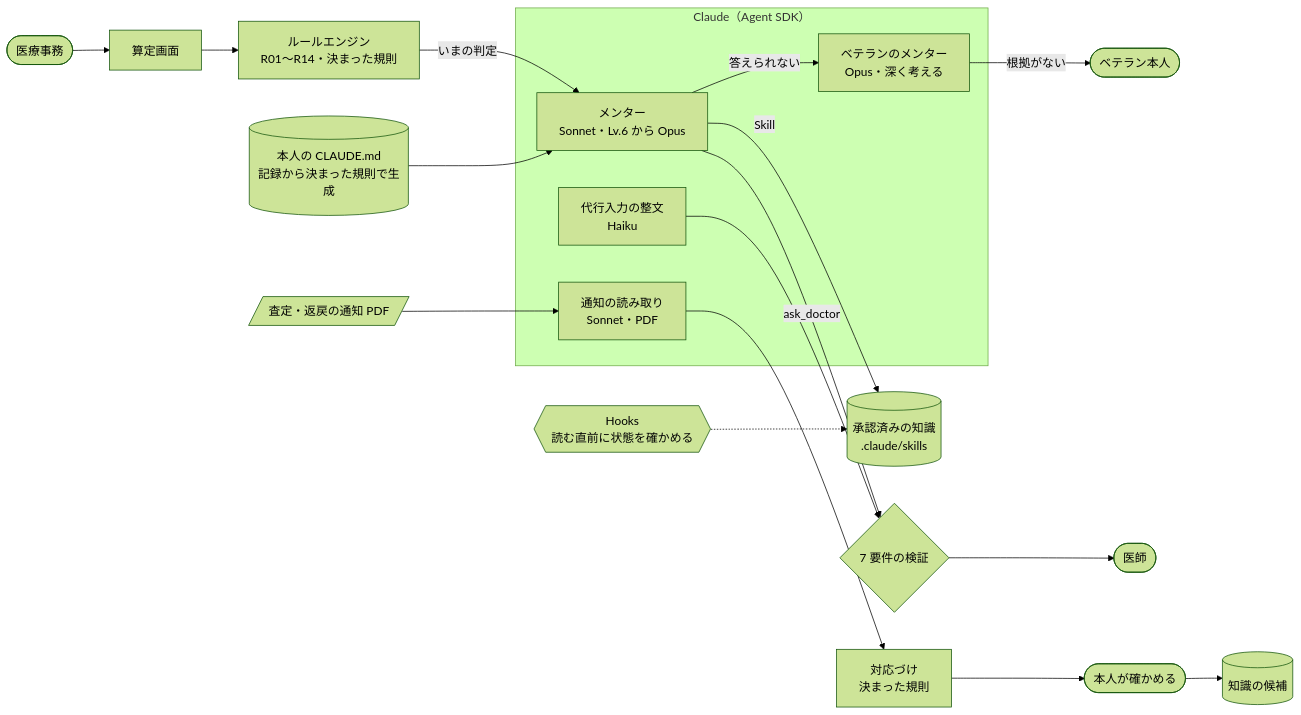
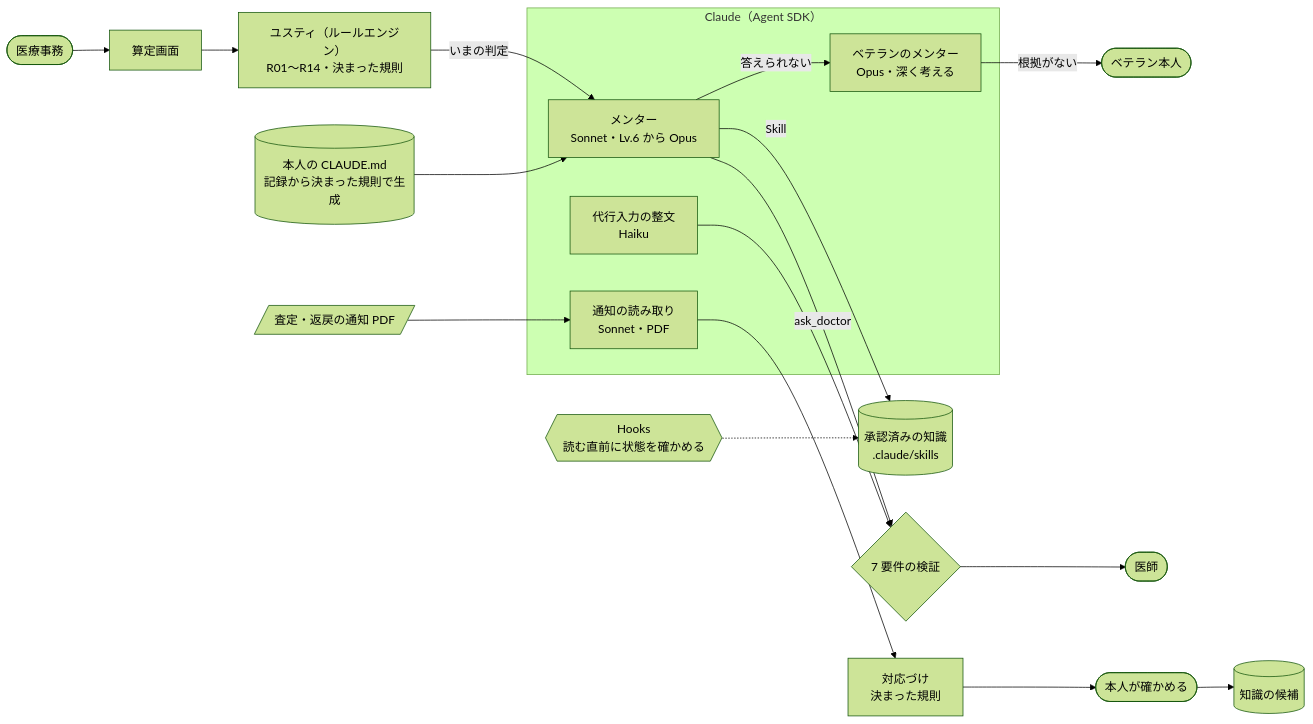
Before and after one commit to toshi-naka-boop/iji-context: the first of 2 diagrams in README.md, drawn with Mermaid (forest theme). The commit also changed other lines of this file and 3 other files, not shown here.

````diff
--- a/README.md
+++ b/README.md
@@ -71,19 +71,19 @@
 ```mermaid
 flowchart LR
   clerk([医療事務]) --> ui[算定画面]
-  ui --> engine[ルールエンジン<br>R01〜R14・決まった規則]
+  ui --> engine[ユスティ（ルールエンジン）<br>R01〜R14・決まった規則]
   engine -- いまの判定 --> mentor
   subgraph claude[Claude（Agent SDK）]
     mentor[メンター<br>Sonnet・Lv.6 から Opus]
     vet[ベテランのメンター<br>Opus・深く考える]
     scribe[代行入力の整文<br>Haiku]
     notice[通知の読み取り<br>Sonnet・PDF]
   end
   mentor -- Skill --> skills[(承認済みの知識<br>.claude/skills)]
   hooks{{Hooks<br>読む直前に状態を確かめる}} -.-> skills
   memo[(本人の CLAUDE.md<br>記録から決まった規則で生成)] --> mentor
   mentor -- 答えられない --> vet -- 根拠がない --> human([ベテラン本人])
   mentor -- ask_doctor --> check{7 要件の検証} --> doctor([医師])
   scribe --> check
   pdf[/査定・返戻の通知 PDF/] --> notice --> map[対応づけ<br>決まった規則] --> person([本人が確かめる]) --> knowledge[(知識の候補)]
 ```
````
